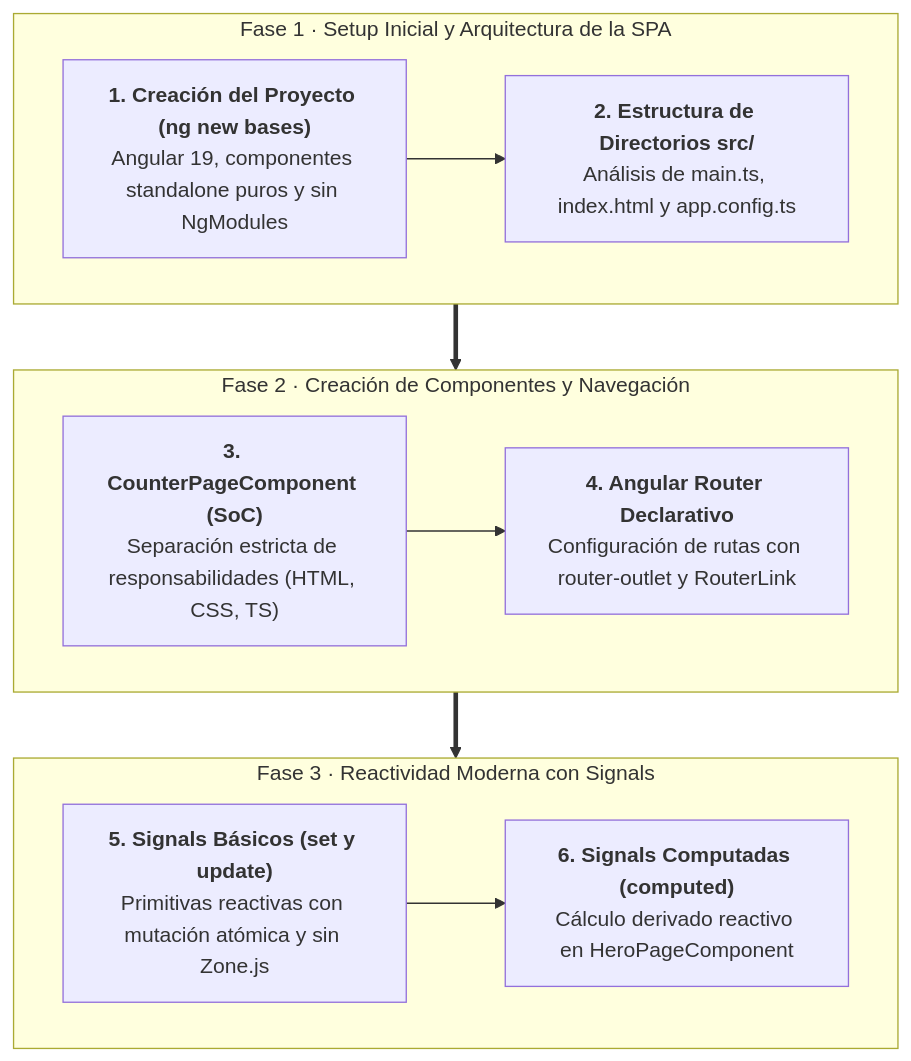
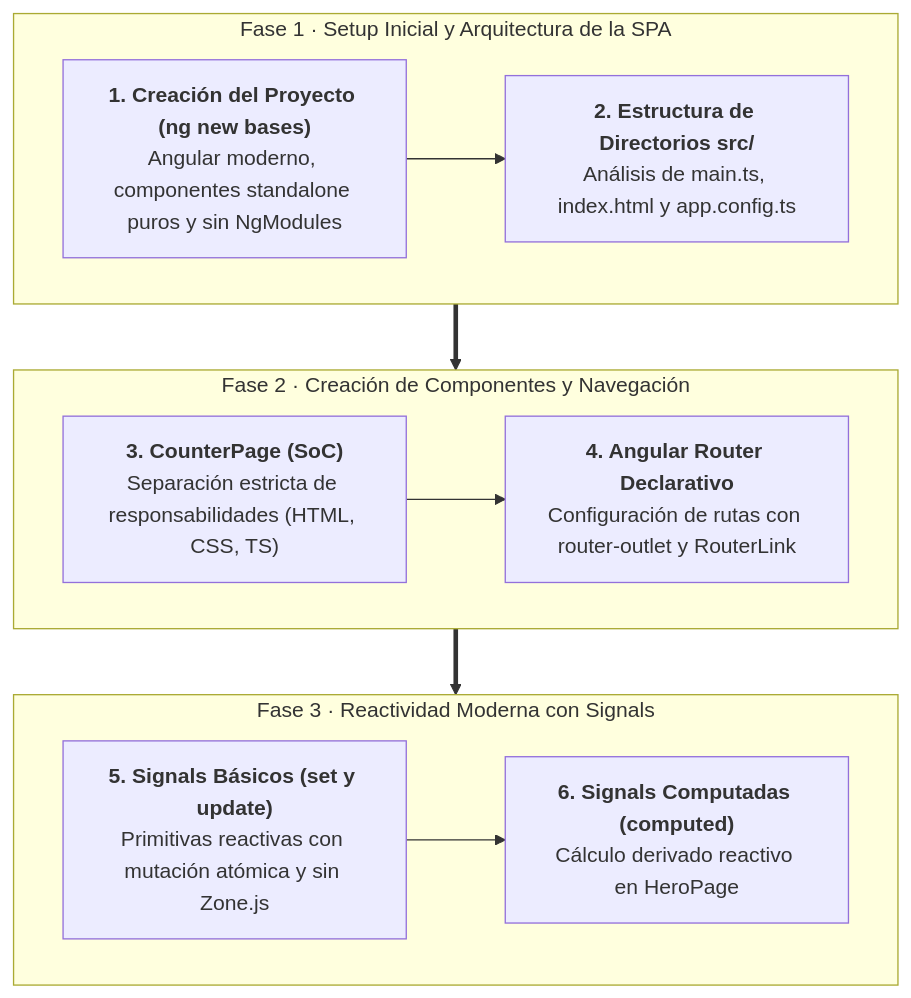
One commit to Jose-Quesada/materiales_angular changed the first of 3 diagrams in docs/04-angular-bases.md. Above: the diagram before and after it, drawn with Mermaid. The commit also changed other lines of this file and 37 other files, not shown here.

````diff
--- a/docs/04-angular-bases.md
+++ b/docs/04-angular-bases.md
@@ -19,16 +19,16 @@
 ``` mermaid
 flowchart TD
     subgraph S1 ["Fase 1 · Setup Inicial y Arquitectura de la SPA"]
-        A["<b>1. Creación del Proyecto (ng new bases)</b><br/>Angular 19, componentes standalone puros y sin NgModules"] --> B["<b>2. Estructura de Directorios src/</b><br/>Análisis de main.ts, index.html y app.config.ts"]
+        A["<b>1. Creación del Proyecto (ng new bases)</b><br/>Angular moderno, componentes standalone puros y sin NgModules"] --> B["<b>2. Estructura de Directorios src/</b><br/>Análisis de main.ts, index.html y app.config.ts"]
     end
 
     subgraph S2 ["Fase 2 · Creación de Componentes y Navegación"]
-        C["<b>3. CounterPageComponent (SoC)</b><br/>Separación estricta de responsabilidades (HTML, CSS, TS)"] --> D["<b>4. Angular Router Declarativo</b><br/>Configuración de rutas con router-outlet y RouterLink"]
+        C["<b>3. CounterPage (SoC)</b><br/>Separación estricta de responsabilidades (HTML, CSS, TS)"] --> D["<b>4. Angular Router Declarativo</b><br/>Configuración de rutas con router-outlet y RouterLink"]
     end
 
     subgraph S3 ["Fase 3 · Reactividad Moderna con Signals"]
-        E["<b>5. Signals Básicos (set y update)</b><br/>Primitivas reactivas con mutación atómica y sin Zone.js"] --> F["<b>6. Signals Computadas (computed)</b><br/>Cálculo derivado reactivo en HeroPageComponent"]
+        E["<b>5. Signals Básicos (set y update)</b><br/>Primitivas reactivas con mutación atómica y sin Zone.js"] --> F["<b>6. Signals Computadas (computed)</b><br/>Cálculo derivado reactivo en HeroPage"]
     end
 
     S1 ==> S2 ==> S3
 ```
````
